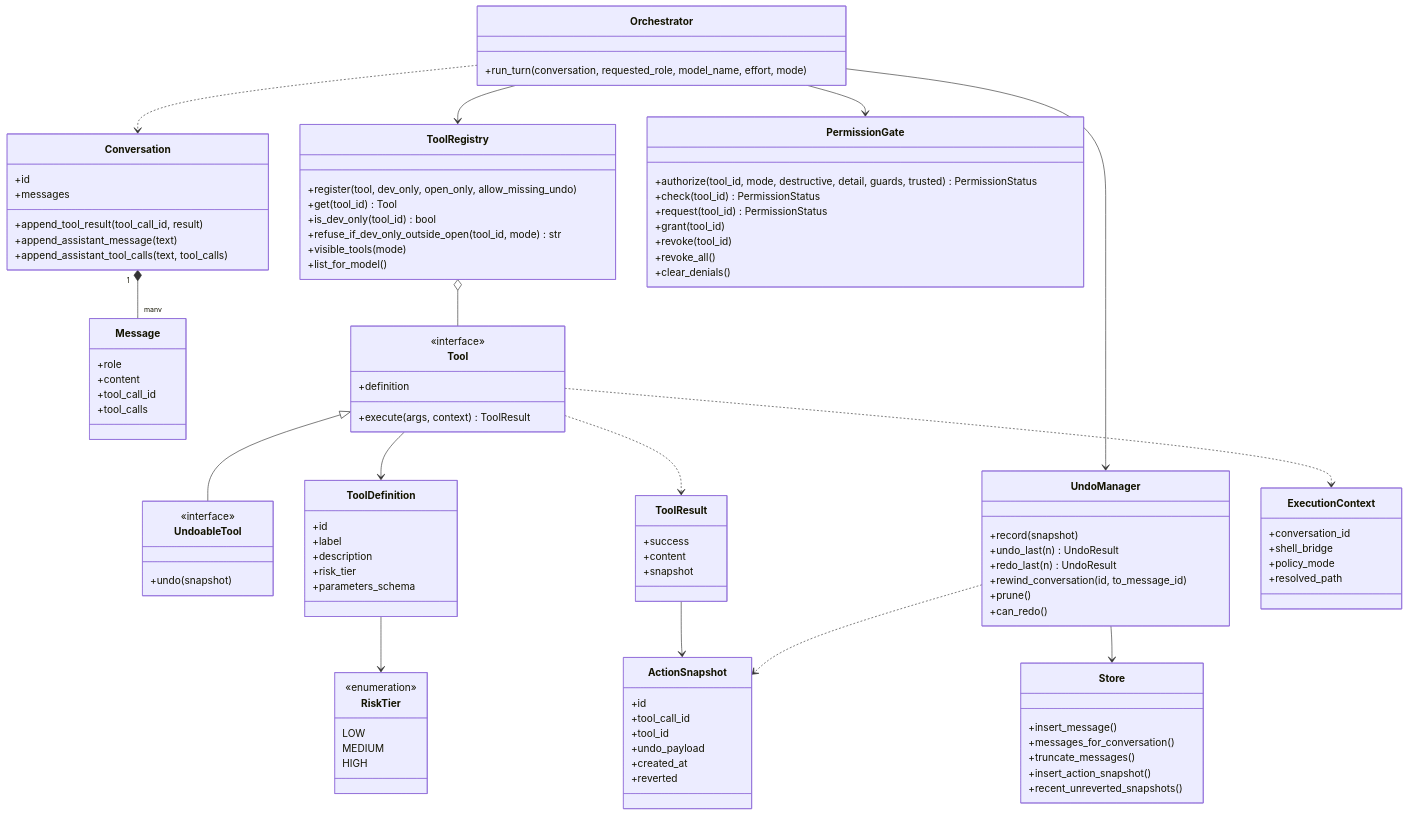
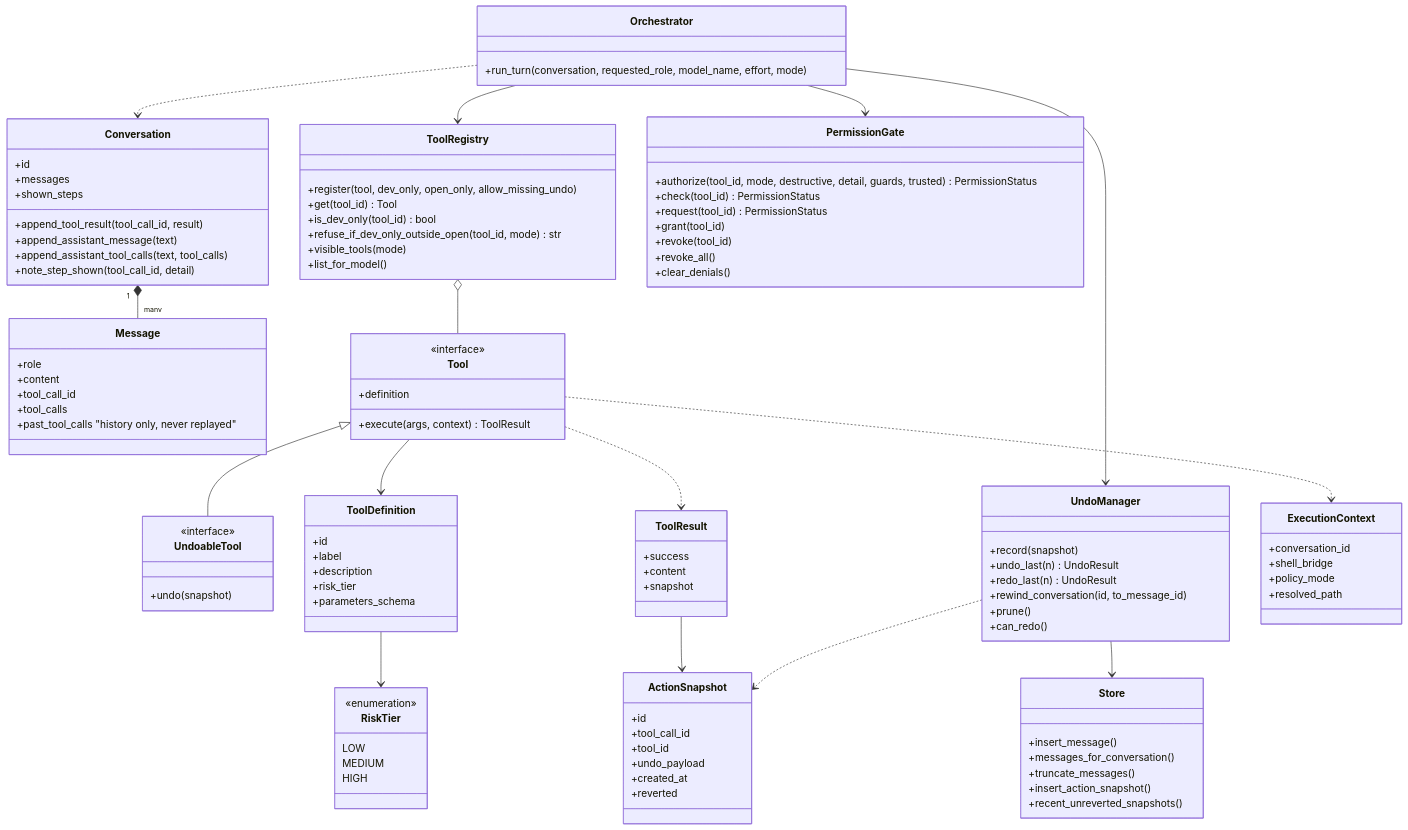
Before and after one commit to N041M/Addison: the first of 5 diagrams in docs/classes.md, drawn with Mermaid. The commit also changed 15 other files, not shown here.

```diff
--- a/docs/classes.md
+++ b/docs/classes.md
@@ -38,15 +38,18 @@
     class Conversation {
         +id
         +messages
+        +shown_steps
         +append_tool_result(tool_call_id, result)
         +append_assistant_message(text)
         +append_assistant_tool_calls(text, tool_calls)
+        +note_step_shown(tool_call_id, detail)
     }
     class Message {
         +role
         +content
         +tool_call_id
         +tool_calls
+        +past_tool_calls "history only, never replayed"
     }
     class Tool {
         <<interface>>
```
